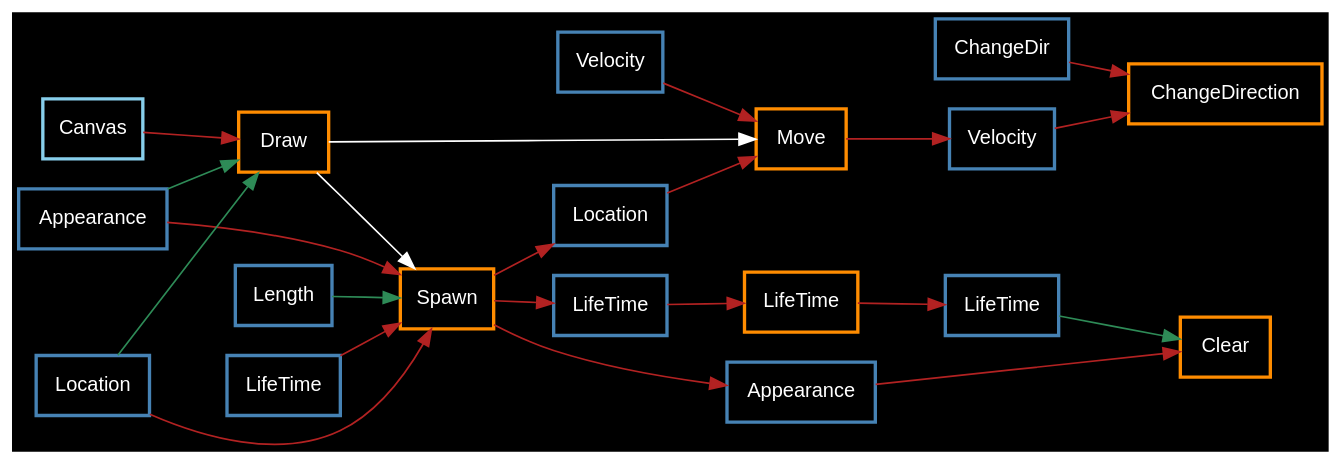
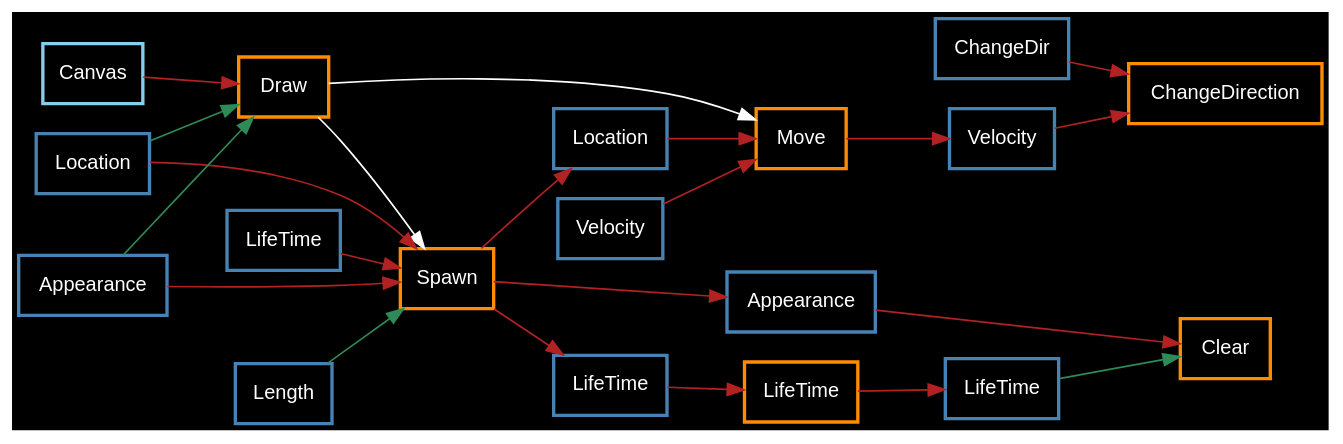
One commit to BenzzzX/NESL changed the diagram in ESLConsole/test.gv. Above: the diagram before and after it, drawn with Graphviz. The commit also changed other lines of this file and 13 other files, not shown here.

```diff
--- a/ESLConsole/test.gv
+++ b/ESLConsole/test.gv
@@ -1,57 +1,57 @@
 digraph framegraph 
 {
 rankdir = LR
 bgcolor = black
 
 node [shape=rectangle, fontname="helvetica", fontsize=12, fontcolor=white]
 
 "Draw" [label="Draw", style=bold, color=darkorange]
 "Move" [label="Move", style=bold, color=darkorange]
 "LifeTime" [label="LifeTime", style=bold, color=darkorange]
 "ChangeDirection" [label="ChangeDirection", style=bold, color=darkorange]
 "Clear" [label="Clear", style=bold, color=darkorange]
 "Spawn" [label="Spawn", style=bold, color=darkorange]
 
 "Draw" -> { "Move" } [color=white]
 "Draw" -> { "Spawn" } [color=white]
 
 "Length0" [label="Length", style=bold, color= steelblue]
 "Length0" -> { "Spawn" } [color=seagreen]
+"LifeTime0" [label="LifeTime", style=bold, color= steelblue]
+"LifeTime0" -> { } [color=seagreen]
+"LifeTime0" -> { "Spawn" } [color=firebrick]
+"Location0" [label="Location", style=bold, color= steelblue]
+"Location0" -> { "Draw" } [color=seagreen]
+"Location0" -> { "Spawn" } [color=firebrick]
+"ChangeDir0" [label="ChangeDir", style=bold, color= steelblue]
+"ChangeDir0" -> { } [color=seagreen]
+"ChangeDir0" -> { "ChangeDirection" } [color=firebrick]
 "Appearance0" [label="Appearance", style=bold, color= steelblue]
 "Appearance0" -> { "Draw" } [color=seagreen]
 "Appearance0" -> { "Spawn" } [color=firebrick]
-"LifeTime0" [label="LifeTime", style=bold, color= steelblue]
-"LifeTime0" -> { } [color=seagreen]
-"LifeTime0" -> { "Spawn" } [color=firebrick]
 "Canvas0" [label="Canvas", style=bold, color= skyblue]
 "Canvas0" -> { } [color=seagreen]
 "Canvas0" -> { "Draw" } [color=firebrick]
-"Location0" [label="Location", style=bold, color= steelblue]
-"Location0" -> { "Draw" } [color=seagreen]
-"Location0" -> { "Spawn" } [color=firebrick]
 "Velocity0" [label="Velocity", style=bold, color= steelblue]
 "Velocity0" -> { } [color=seagreen]
 "Velocity0" -> { "Move" } [color=firebrick]
-"ChangeDir0" [label="ChangeDir", style=bold, color= steelblue]
-"ChangeDir0" -> { } [color=seagreen]
-"ChangeDir0" -> { "ChangeDirection" } [color=firebrick]
 "LifeTime1" [label="LifeTime", style=bold, color= steelblue]
 "LifeTime1" -> { } [color=seagreen]
 "LifeTime1" -> { "LifeTime" } [color=firebrick]
 "Spawn" -> { "LifeTime1" } [color=firebrick]
 "Location1" [label="Location", style=bold, color= steelblue]
 "Location1" -> { } [color=seagreen]
 "Location1" -> { "Move" } [color=firebrick]
 "Spawn" -> { "Location1" } [color=firebrick]
 "Appearance1" [label="Appearance", style=bold, color= steelblue]
 "Appearance1" -> { } [color=seagreen]
 "Appearance1" -> { "Clear" } [color=firebrick]
 "Spawn" -> { "Appearance1" } [color=firebrick]
 "Velocity1" [label="Velocity", style=bold, color= steelblue]
 "Velocity1" -> { } [color=seagreen]
 "Velocity1" -> { "ChangeDirection" } [color=firebrick]
 "Move" -> { "Velocity1" } [color=firebrick]
 "LifeTime2" [label="LifeTime", style=bold, color= steelblue]
 "LifeTime2" -> { "Clear" } [color=seagreen]
 "LifeTime" -> { "LifeTime2" } [color=firebrick]
 }
```
